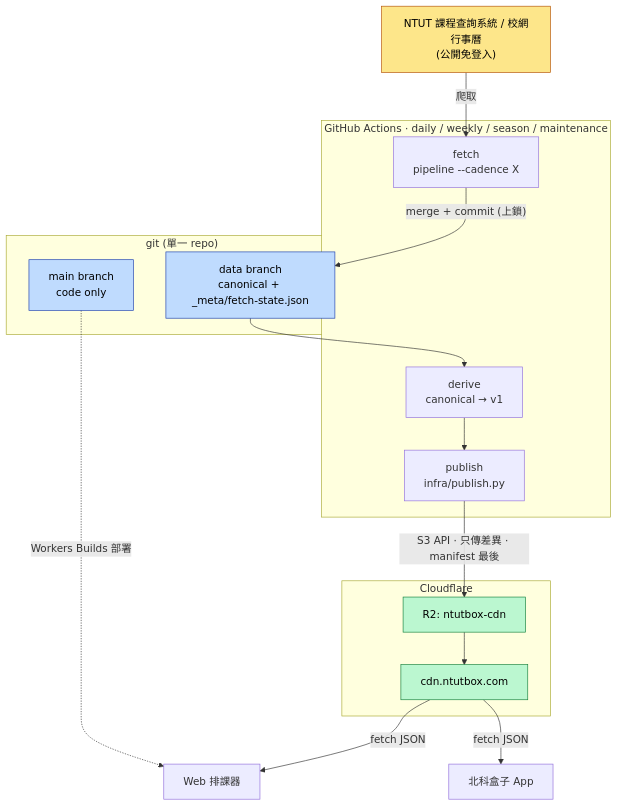
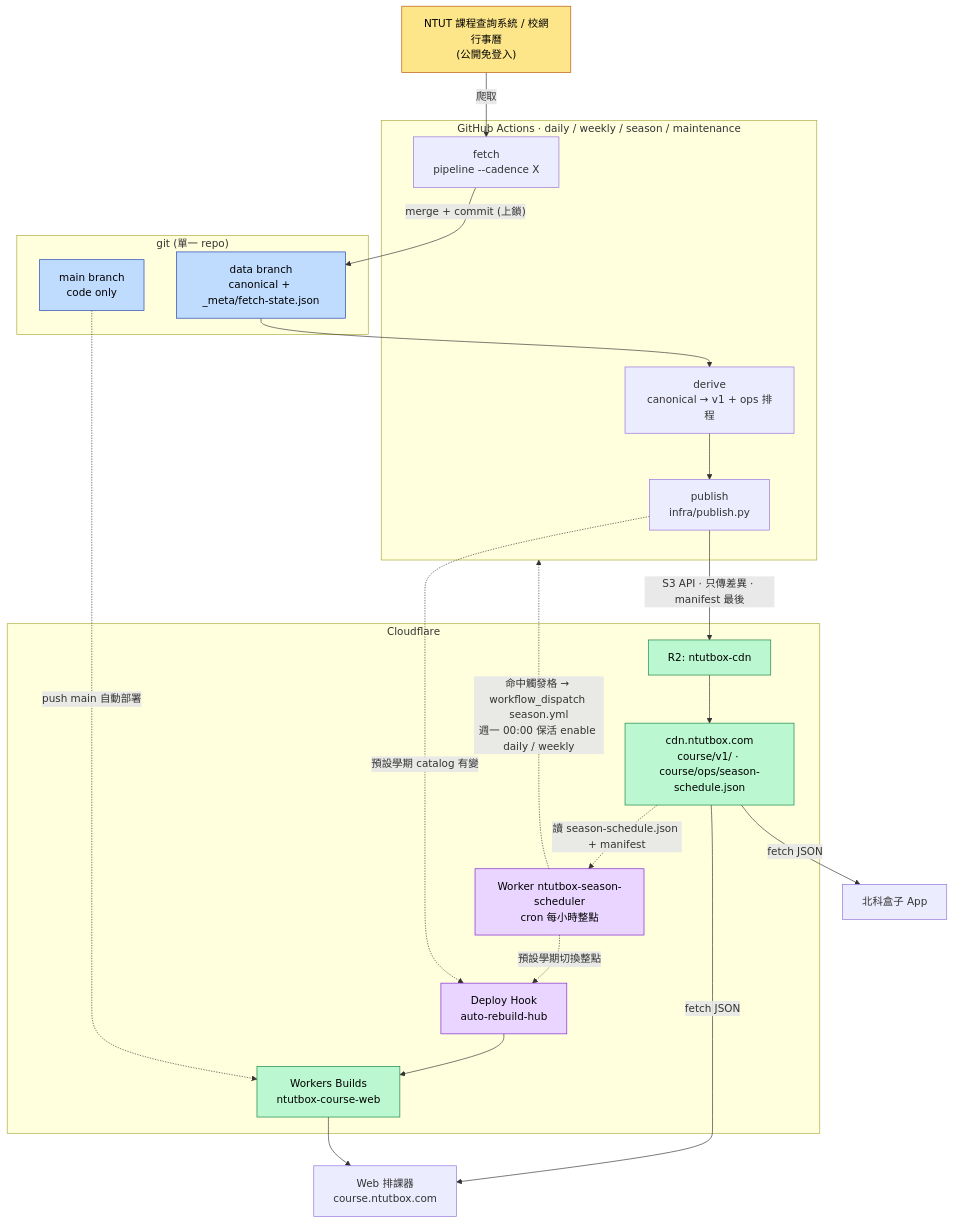
Before and after one commit to poterpan/ntutbox-course: the diagram in docs/diagrams/01-architecture.mmd, drawn with Mermaid. The commit also changed 11 other files, not shown here.

First line of the commit message:
docs: 架構圖與 ARCHITECTURE 補上 season 排程 Worker、學期切換與 web 自動重建（#111–#117） (#119)

```diff
--- a/docs/diagrams/01-architecture.mmd
+++ b/docs/diagrams/01-architecture.mmd
@@ -1,38 +1,50 @@
 flowchart TB
     ntut["NTUT 課程查詢系統 / 校網行事曆<br/>(公開免登入)"]
 
     subgraph GHA["GitHub Actions · daily / weekly / season / maintenance"]
         fetch["fetch<br/>pipeline --cadence X"]
-        derive["derive<br/>canonical → v1"]
+        derive["derive<br/>canonical → v1 + ops 排程"]
         publish["publish<br/>infra/publish.py"]
     end
 
     subgraph GIT["git (單一 repo)"]
         main["main branch<br/>code only"]
         data["data branch<br/>canonical + _meta/fetch-state.json"]
     end
 
     subgraph CF["Cloudflare"]
         r2["R2: ntutbox-cdn"]
-        cdn["cdn.ntutbox.com"]
+        cdn["cdn.ntutbox.com<br/>course/v1/ · course/ops/season-schedule.json"]
+        sched["Worker ntutbox-season-scheduler<br/>cron 每小時整點"]
+        hook["Deploy Hook<br/>auto-rebuild-hub"]
+        build["Workers Builds<br/>ntutbox-course-web"]
     end
 
-    web["Web 排課器"]
+    web["Web 排課器<br/>course.ntutbox.com"]
     ios["北科盒子 App"]
 
     ntut -->|爬取| fetch
     fetch -->|"merge + commit (上鎖)"| data
     data --> derive
     derive --> publish
     publish -->|"S3 API · 只傳差異 · manifest 最後"| r2
     r2 --> cdn
     cdn -->|fetch JSON| web
     cdn -->|fetch JSON| ios
-    main -.->|Workers Builds 部署| web
+
+    cdn -.->|"讀 season-schedule.json + manifest"| sched
+    sched -.->|"命中觸發格 → workflow_dispatch season.yml<br/>週一 00:00 保活 enable daily / weekly"| GHA
+    sched -.->|"預設學期切換整點"| hook
+    publish -.->|"預設學期 catalog 有變"| hook
+    hook --> build
+    main -.->|push main 自動部署| build
+    build --> web
 
     classDef src fill:#fde68a,stroke:#b45309,color:#000
     classDef store fill:#bfdbfe,stroke:#1e40af,color:#000
     classDef out fill:#bbf7d0,stroke:#15803d,color:#000
+    classDef trig fill:#e9d5ff,stroke:#7e22ce,color:#000
     class ntut src
     class main,data store
-    class r2,cdn out
+    class r2,cdn,build out
+    class sched,hook trig
```
